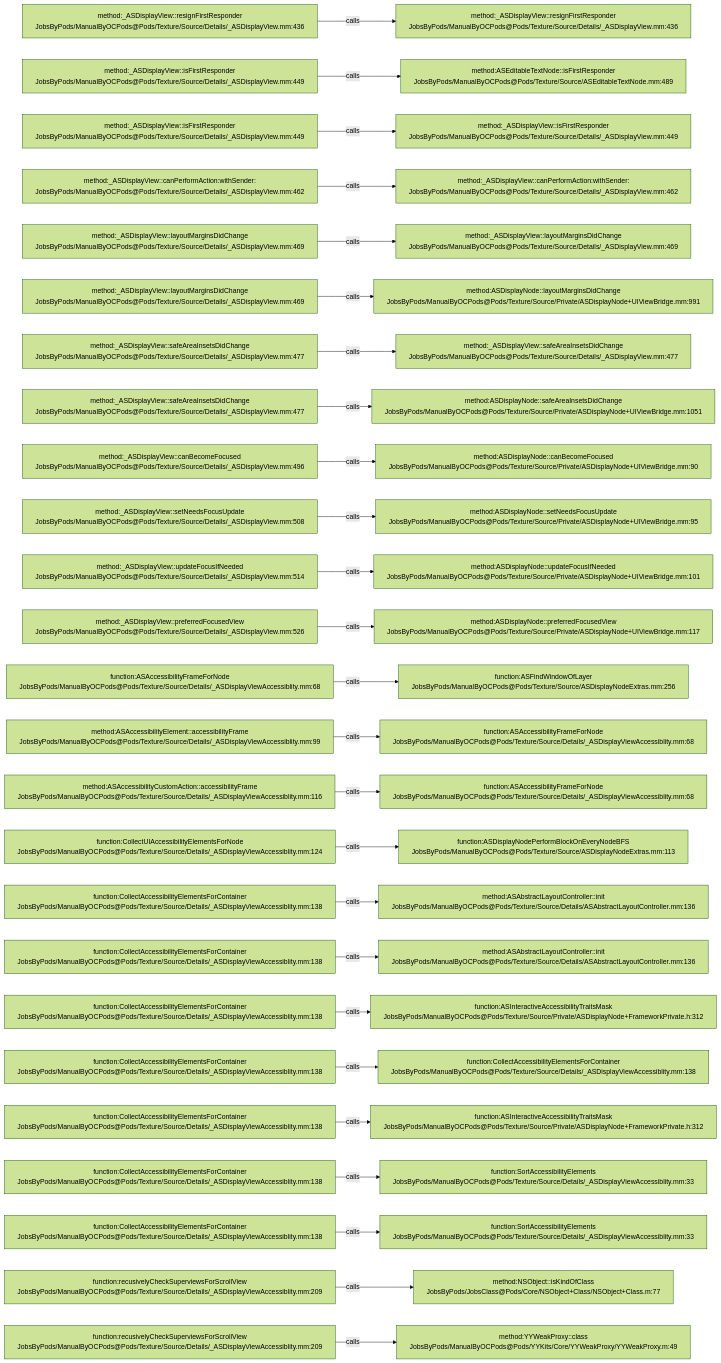
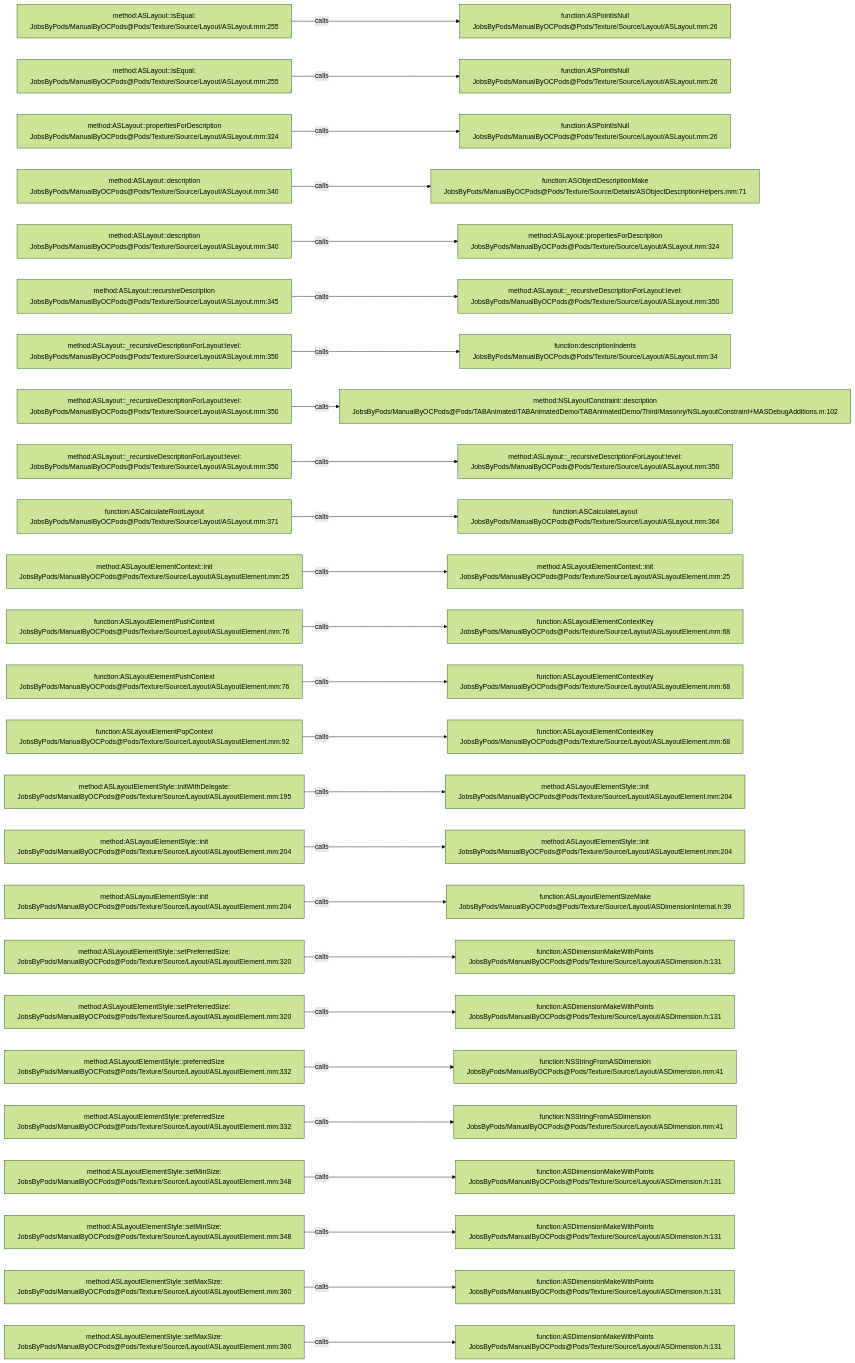
Before and after one commit to JobsKits/JobsOCBaseConfigDemo: the diagram in .codegraph/codegraph.md/graphs/calls-171.md, drawn with Mermaid (forest theme). The commit also changed 1448 other files, not shown here.

````diff
--- a/.codegraph/codegraph.md/graphs/calls-171.md
+++ b/.codegraph/codegraph.md/graphs/calls-171.md
@@ -13,78 +13,78 @@
 ```mermaid
 flowchart LR
-  S1["method:_ASDisplayView::resignFirstResponder<br/>JobsByPods/ManualByOCPods@Pods/Texture/Source/Details/_ASDisplayView.mm:436"]
-  T1["method:_ASDisplayView::resignFirstResponder<br/>JobsByPods/ManualByOCPods@Pods/Texture/Source/Details/_ASDisplayView.mm:436"]
+  S1["method:ASLayout::isEqual:<br/>JobsByPods/ManualByOCPods@Pods/Texture/Source/Layout/ASLayout.mm:255"]
+  T1["function:ASPointIsNull<br/>JobsByPods/ManualByOCPods@Pods/Texture/Source/Layout/ASLayout.mm:26"]
   S1 -->|calls| T1
-  S2["method:_ASDisplayView::isFirstResponder<br/>JobsByPods/ManualByOCPods@Pods/Texture/Source/Details/_ASDisplayView.mm:449"]
-  T2["method:ASEditableTextNode::isFirstResponder<br/>JobsByPods/ManualByOCPods@Pods/Texture/Source/ASEditableTextNode.mm:489"]
+  S2["method:ASLayout::isEqual:<br/>JobsByPods/ManualByOCPods@Pods/Texture/Source/Layout/ASLayout.mm:255"]
+  T2["function:ASPointIsNull<br/>JobsByPods/ManualByOCPods@Pods/Texture/Source/Layout/ASLayout.mm:26"]
   S2 -->|calls| T2
-  S3["method:_ASDisplayView::isFirstResponder<br/>JobsByPods/ManualByOCPods@Pods/Texture/Source/Details/_ASDisplayView.mm:449"]
-  T3["method:_ASDisplayView::isFirstResponder<br/>JobsByPods/ManualByOCPods@Pods/Texture/Source/Details/_ASDisplayView.mm:449"]
+  S3["method:ASLayout::propertiesForDescription<br/>JobsByPods/ManualByOCPods@Pods/Texture/Source/Layout/ASLayout.mm:324"]
+  T3["function:ASPointIsNull<br/>JobsByPods/ManualByOCPods@Pods/Texture/Source/Layout/ASLayout.mm:26"]
   S3 -->|calls| T3
-  S4["method:_ASDisplayView::canPerformAction:withSender:<br/>JobsByPods/ManualByOCPods@Pods/Texture/Source/Details/_ASDisplayView.mm:462"]
-  T4["method:_ASDisplayView::canPerformAction:withSender:<br/>JobsByPods/ManualByOCPods@Pods/Texture/Source/Details/_ASDisplayView.mm:462"]
+  S4["method:ASLayout::description<br/>JobsByPods/ManualByOCPods@Pods/Texture/Source/Layout/ASLayout.mm:340"]
+  T4["function:ASObjectDescriptionMake<br/>JobsByPods/ManualByOCPods@Pods/Texture/Source/Details/ASObjectDescriptionHelpers.mm:71"]
   S4 -->|calls| T4
-  S5["method:_ASDisplayView::layoutMarginsDidChange<br/>JobsByPods/ManualByOCPods@Pods/Texture/Source/Details/_ASDisplayView.mm:469"]
-  T5["method:_ASDisplayView::layoutMarginsDidChange<br/>JobsByPods/ManualByOCPods@Pods/Texture/Source/Details/_ASDisplayView.mm:469"]
+  S5["method:ASLayout::description<br/>JobsByPods/ManualByOCPods@Pods/Texture/Source/Layout/ASLayout.mm:340"]
+  T5["method:ASLayout::propertiesForDescription<br/>JobsByPods/ManualByOCPods@Pods/Texture/Source/Layout/ASLayout.mm:324"]
   S5 -->|calls| T5
-  S6["method:_ASDisplayView::layoutMarginsDidChange<br/>JobsByPods/ManualByOCPods@Pods/Texture/Source/Details/_ASDisplayView.mm:469"]
-  T6["method:ASDisplayNode::layoutMarginsDidChange<br/>JobsByPods/ManualByOCPods@Pods/Texture/Source/Private/ASDisplayNode+UIViewBridge.mm:991"]
+  S6["method:ASLayout::recursiveDescription<br/>JobsByPods/ManualByOCPods@Pods/Texture/Source/Layout/ASLayout.mm:345"]
+  T6["method:ASLayout::_recursiveDescriptionForLayout:level:<br/>JobsByPods/ManualByOCPods@Pods/Texture/Source/Layout/ASLayout.mm:350"]
   S6 -->|calls| T6
-  S7["method:_ASDisplayView::safeAreaInsetsDidChange<br/>JobsByPods/ManualByOCPods@Pods/Texture/Source/Details/_ASDisplayView.mm:477"]
-  T7["method:_ASDisplayView::safeAreaInsetsDidChange<br/>JobsByPods/ManualByOCPods@Pods/Texture/Source/Details/_ASDisplayView.mm:477"]
+  S7["method:ASLayout::_recursiveDescriptionForLayout:level:<br/>JobsByPods/ManualByOCPods@Pods/Texture/Source/Layout/ASLayout.mm:350"]
+  T7["function:descriptionIndents<br/>JobsByPods/ManualByOCPods@Pods/Texture/Source/Layout/ASLayout.mm:34"]
   S7 -->|calls| T7
-  S8["method:_ASDisplayView::safeAreaInsetsDidChange<br/>JobsByPods/ManualByOCPods@Pods/Texture/Source/Details/_ASDisplayView.mm:477"]
-  T8["method:ASDisplayNode::safeAreaInsetsDidChange<br/>JobsByPods/ManualByOCPods@Pods/Texture/Source/Private/ASDisplayNode+UIViewBridge.mm:1051"]
+  S8["method:ASLayout::_recursiveDescriptionForLayout:level:<br/>JobsByPods/ManualByOCPods@Pods/Texture/Source/Layout/ASLayout.mm:350"]
+  T8["method:NSLayoutConstraint::description<br/>JobsByPods/ManualByOCPods@Pods/TABAnimated/TABAnimatedDemo/TABAnimatedDemo/Third/Masonry/NSLayoutConstraint+MASDebugAdditions.m:102"]
   S8 -->|calls| T8
-  S9["method:_ASDisplayView::canBecomeFocused<br/>JobsByPods/ManualByOCPods@Pods/Texture/Source/Details/_ASDisplayView.mm:496"]
-  T9["method:ASDisplayNode::canBecomeFocused<br/>JobsByPods/ManualByOCPods@Pods/Texture/Source/Private/ASDisplayNode+UIViewBridge.mm:90"]
+  S9["method:ASLayout::_recursiveDescriptionForLayout:level:<br/>JobsByPods/ManualByOCPods@Pods/Texture/Source/Layout/ASLayout.mm:350"]
+  T9["method:ASLayout::_recursiveDescriptionForLayout:level:<br/>JobsByPods/ManualByOCPods@Pods/Texture/Source/Layout/ASLayout.mm:350"]
   S9 -->|calls| T9
-  S10["method:_ASDisplayView::setNeedsFocusUpdate<br/>JobsByPods/ManualByOCPods@Pods/Texture/Source/Details/_ASDisplayView.mm:508"]
-  T10["method:ASDisplayNode::setNeedsFocusUpdate<br/>JobsByPods/ManualByOCPods@Pods/Texture/Source/Private/ASDisplayNode+UIViewBridge.mm:95"]
+  S10["function:ASCalculateRootLayout<br/>JobsByPods/ManualByOCPods@Pods/Texture/Source/Layout/ASLayout.mm:371"]
+  T10["function:ASCalculateLayout<br/>JobsByPods/ManualByOCPods@Pods/Texture/Source/Layout/ASLayout.mm:364"]
   S10 -->|calls| T10
-  S11["method:_ASDisplayView::updateFocusIfNeeded<br/>JobsByPods/ManualByOCPods@Pods/Texture/Source/Details/_ASDisplayView.mm:514"]
-  T11["method:ASDisplayNode::updateFocusIfNeeded<br/>JobsByPods/ManualByOCPods@Pods/Texture/Source/Private/ASDisplayNode+UIViewBridge.mm:101"]
+  S11["method:ASLayoutElementContext::init<br/>JobsByPods/ManualByOCPods@Pods/Texture/Source/Layout/ASLayoutElement.mm:25"]
+  T11["method:ASLayoutElementContext::init<br/>JobsByPods/ManualByOCPods@Pods/Texture/Source/Layout/ASLayoutElement.mm:25"]
   S11 -->|calls| T11
-  S12["method:_ASDisplayView::preferredFocusedView<br/>JobsByPods/ManualByOCPods@Pods/Texture/Source/Details/_ASDisplayView.mm:526"]
-  T12["method:ASDisplayNode::preferredFocusedView<br/>JobsByPods/ManualByOCPods@Pods/Texture/Source/Private/ASDisplayNode+UIViewBridge.mm:117"]
+  S12["function:ASLayoutElementPushContext<br/>JobsByPods/ManualByOCPods@Pods/Texture/Source/Layout/ASLayoutElement.mm:76"]
+  T12["function:ASLayoutElementContextKey<br/>JobsByPods/ManualByOCPods@Pods/Texture/Source/Layout/ASLayoutElement.mm:68"]
   S12 -->|calls| T12
-  S13["function:ASAccessibilityFrameForNode<br/>JobsByPods/ManualByOCPods@Pods/Texture/Source/Details/_ASDisplayViewAccessiblity.mm:68"]
-  T13["function:ASFindWindowOfLayer<br/>JobsByPods/ManualByOCPods@Pods/Texture/Source/ASDisplayNodeExtras.mm:256"]
+  S13["function:ASLayoutElementPushContext<br/>JobsByPods/ManualByOCPods@Pods/Texture/Source/Layout/ASLayoutElement.mm:76"]
+  T13["function:ASLayoutElementContextKey<br/>JobsByPods/ManualByOCPods@Pods/Texture/Source/Layout/ASLayoutElement.mm:68"]
   S13 -->|calls| T13
-  S14["method:ASAccessibilityElement::accessibilityFrame<br/>JobsByPods/ManualByOCPods@Pods/Texture/Source/Details/_ASDisplayViewAccessiblity.mm:99"]
-  T14["function:ASAccessibilityFrameForNode<br/>JobsByPods/ManualByOCPods@Pods/Texture/Source/Details/_ASDisplayViewAccessiblity.mm:68"]
+  S14["function:ASLayoutElementPopContext<br/>JobsByPods/ManualByOCPods@Pods/Texture/Source/Layout/ASLayoutElement.mm:92"]
+  T14["function:ASLayoutElementContextKey<br/>JobsByPods/ManualByOCPods@Pods/Texture/Source/Layout/ASLayoutElement.mm:68"]
   S14 -->|calls| T14
-  S15["method:ASAccessibilityCustomAction::accessibilityFrame<br/>JobsByPods/ManualByOCPods@Pods/Texture/Source/Details/_ASDisplayViewAccessiblity.mm:116"]
-  T15["function:ASAccessibilityFrameForNode<br/>JobsByPods/ManualByOCPods@Pods/Texture/Source/Details/_ASDisplayViewAccessiblity.mm:68"]
+  S15["method:ASLayoutElementStyle::initWithDelegate:<br/>JobsByPods/ManualByOCPods@Pods/Texture/Source/Layout/ASLayoutElement.mm:195"]
+  T15["method:ASLayoutElementStyle::init<br/>JobsByPods/ManualByOCPods@Pods/Texture/Source/Layout/ASLayoutElement.mm:204"]
   S15 -->|calls| T15
-  S16["function:CollectUIAccessibilityElementsForNode<br/>JobsByPods/ManualByOCPods@Pods/Texture/Source/Details/_ASDisplayViewAccessiblity.mm:124"]
-  T16["function:ASDisplayNodePerformBlockOnEveryNodeBFS<br/>JobsByPods/ManualByOCPods@Pods/Texture/Source/ASDisplayNodeExtras.mm:113"]
+  S16["method:ASLayoutElementStyle::init<br/>JobsByPods/ManualByOCPods@Pods/Texture/Source/Layout/ASLayoutElement.mm:204"]
+  T16["method:ASLayoutElementStyle::init<br/>JobsByPods/ManualByOCPods@Pods/Texture/Source/Layout/ASLayoutElement.mm:204"]
   S16 -->|calls| T16
-  S17["function:CollectAccessibilityElementsForContainer<br/>JobsByPods/ManualByOCPods@Pods/Texture/Source/Details/_ASDisplayViewAccessiblity.mm:138"]
-  T17["method:ASAbstractLayoutController::init<br/>JobsByPods/ManualByOCPods@Pods/Texture/Source/Details/ASAbstractLayoutController.mm:136"]
+  S17["method:ASLayoutElementStyle::init<br/>JobsByPods/ManualByOCPods@Pods/Texture/Source/Layout/ASLayoutElement.mm:204"]
+  T17["function:ASLayoutElementSizeMake<br/>JobsByPods/ManualByOCPods@Pods/Texture/Source/Layout/ASDimensionInternal.h:39"]
   S17 -->|calls| T17
-  S18["function:CollectAccessibilityElementsForContainer<br/>JobsByPods/ManualByOCPods@Pods/Texture/Source/Details/_ASDisplayViewAccessiblity.mm:138"]
-  T18["method:ASAbstractLayoutController::init<br/>JobsByPods/ManualByOCPods@Pods/Texture/Source/Details/ASAbstractLayoutController.mm:136"]
+  S18["method:ASLayoutElementStyle::setPreferredSize:<br/>JobsByPods/ManualByOCPods@Pods/Texture/Source/Layout/ASLayoutElement.mm:320"]
+  T18["function:ASDimensionMakeWithPoints<br/>JobsByPods/ManualByOCPods@Pods/Texture/Source/Layout/ASDimension.h:131"]
   S18 -->|calls| T18
-  S19["function:CollectAccessibilityElementsForContainer<br/>JobsByPods/ManualByOCPods@Pods/Texture/Source/Details/_ASDisplayViewAccessiblity.mm:138"]
-  T19["function:ASInteractiveAccessibilityTraitsMask<br/>JobsByPods/ManualByOCPods@Pods/Texture/Source/Private/ASDisplayNode+FrameworkPrivate.h:312"]
+  S19["method:ASLayoutElementStyle::setPreferredSize:<br/>JobsByPods/ManualByOCPods@Pods/Texture/Source/Layout/ASLayoutElement.mm:320"]
+  T19["function:ASDimensionMakeWithPoints<br/>JobsByPods/ManualByOCPods@Pods/Texture/Source/Layout/ASDimension.h:131"]
   S19 -->|calls| T19
-  S20["function:CollectAccessibilityElementsForContainer<br/>JobsByPods/ManualByOCPods@Pods/Texture/Source/Details/_ASDisplayViewAccessiblity.mm:138"]
-  T20["function:CollectAccessibilityElementsForContainer<br/>JobsByPods/ManualByOCPods@Pods/Texture/Source/Details/_ASDisplayViewAccessiblity.mm:138"]
+  S20["method:ASLayoutElementStyle::preferredSize<br/>JobsByPods/ManualByOCPods@Pods/Texture/Source/Layout/ASLayoutElement.mm:332"]
+  T20["function:NSStringFromASDimension<br/>JobsByPods/ManualByOCPods@Pods/Texture/Source/Layout/ASDimension.mm:41"]
   S20 -->|calls| T20
-  S21["function:CollectAccessibilityElementsForContainer<br/>JobsByPods/ManualByOCPods@Pods/Texture/Source/Details/_ASDisplayViewAccessiblity.mm:138"]
-  T21["function:ASInteractiveAccessibilityTraitsMask<br/>JobsByPods/ManualByOCPods@Pods/Texture/Source/Private/ASDisplayNode+FrameworkPrivate.h:312"]
+  S21["method:ASLayoutElementStyle::preferredSize<br/>JobsByPods/ManualByOCPods@Pods/Texture/Source/Layout/ASLayoutElement.mm:332"]
+  T21["function:NSStringFromASDimension<br/>JobsByPods/ManualByOCPods@Pods/Texture/Source/Layout/ASDimension.mm:41"]
   S21 -->|calls| T21
-  S22["function:CollectAccessibilityElementsForContainer<br/>JobsByPods/ManualByOCPods@Pods/Texture/Source/Details/_ASDisplayViewAccessiblity.mm:138"]
-  T22["function:SortAccessibilityElements<br/>JobsByPods/ManualByOCPods@Pods/Texture/Source/Details/_ASDisplayViewAccessiblity.mm:33"]
+  S22["method:ASLayoutElementStyle::setMinSize:<br/>JobsByPods/ManualByOCPods@Pods/Texture/Source/Layout/ASLayoutElement.mm:348"]
+  T22["function:ASDimensionMakeWithPoints<br/>JobsByPods/ManualByOCPods@Pods/Texture/Source/Layout/ASDimension.h:131"]
   S22 -->|calls| T22
-  S23["function:CollectAccessibilityElementsForContainer<br/>JobsByPods/ManualByOCPods@Pods/Texture/Source/Details/_ASDisplayViewAccessiblity.mm:138"]
-  T23["function:SortAccessibilityElements<br/>JobsByPods/ManualByOCPods@Pods/Texture/Source/Details/_ASDisplayViewAccessiblity.mm:33"]
+  S23["method:ASLayoutElementStyle::setMinSize:<br/>JobsByPods/ManualByOCPods@Pods/Texture/Source/Layout/ASLayoutElement.mm:348"]
+  T23["function:ASDimensionMakeWithPoints<br/>JobsByPods/ManualByOCPods@Pods/Texture/Source/Layout/ASDimension.h:131"]
   S23 -->|calls| T23
-  S24["function:recusivelyCheckSuperviewsForScrollView<br/>JobsByPods/ManualByOCPods@Pods/Texture/Source/Details/_ASDisplayViewAccessiblity.mm:209"]
-  T24["method:NSObject::isKindOfClass<br/>JobsByPods/JobsClass@Pods/Core/NSObject+Class/NSObject+Class.m:77"]
+  S24["method:ASLayoutElementStyle::setMaxSize:<br/>JobsByPods/ManualByOCPods@Pods/Texture/Source/Layout/ASLayoutElement.mm:360"]
+  T24["function:ASDimensionMakeWithPoints<br/>JobsByPods/ManualByOCPods@Pods/Texture/Source/Layout/ASDimension.h:131"]
   S24 -->|calls| T24
-  S25["function:recusivelyCheckSuperviewsForScrollView<br/>JobsByPods/ManualByOCPods@Pods/Texture/Source/Details/_ASDisplayViewAccessiblity.mm:209"]
-  T25["method:YYWeakProxy::class<br/>JobsByPods/ManualByOCPods@Pods/YYKits/Core/YYWeakProxy/YYWeakProxy.m:49"]
+  S25["method:ASLayoutElementStyle::setMaxSize:<br/>JobsByPods/ManualByOCPods@Pods/Texture/Source/Layout/ASLayoutElement.mm:360"]
+  T25["function:ASDimensionMakeWithPoints<br/>JobsByPods/ManualByOCPods@Pods/Texture/Source/Layout/ASDimension.h:131"]
   S25 -->|calls| T25
 ```
````
